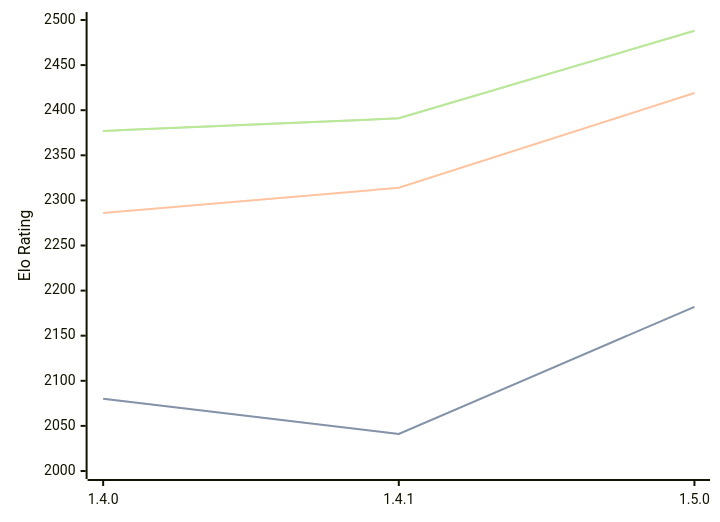
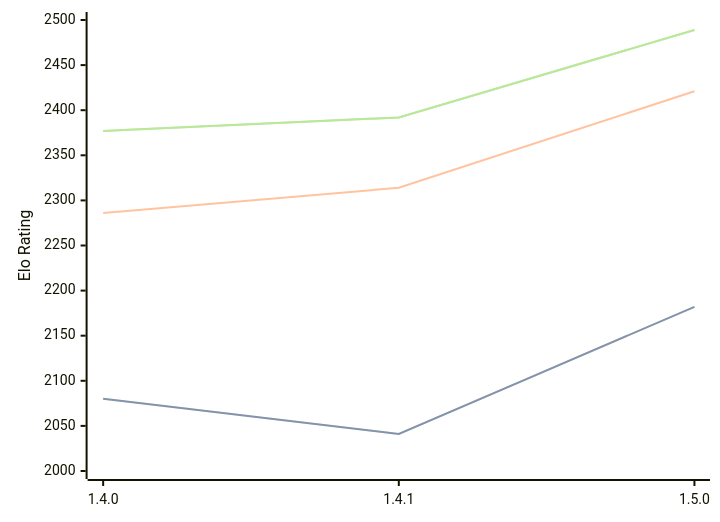
Before and after one commit to computer-chess-index/cci: the diagram in engines/Tofiks.md, drawn with Mermaid. The commit also changed other lines of this file, not shown here.

Commit message:
Update CCI Ratings (ELO VLTC) - 2026-05-21

````diff
--- a/engines/Tofiks.md
+++ b/engines/Tofiks.md
@@ -37,11 +37,11 @@
 ```mermaid
 %%{init: {"theme":"base","themeVariables":{"seriesColors:['#a3a3a3','#222221','#faa371']}}}%%
 xychart-beta
   x-axis ["1.4.0", "1.4.1", "1.5.0"]
   y-axis "Elo Rating" 2000 --> 2500
   line "STC (8.0+0.08s)" [2080, 2041, 2182]
   line "STC (8.0+0.08s)" [2080, 2041, 2182]
-  line "LTC (60.0+0.60s)" [2286, 2314, 2419]
-  line "VLTC (2m24s+1.12s)" [2377, 2391, 2488]
-  line "VLTC (2m24s+1.12s)" [2377, 2391, 2488]
+  line "LTC (60.0+0.60s)" [2286, 2314, 2421]
+  line "VLTC (2m24s+1.12s)" [2377, 2392, 2489]
+  line "VLTC (2m24s+1.12s)" [2377, 2392, 2489]
 ```
````
